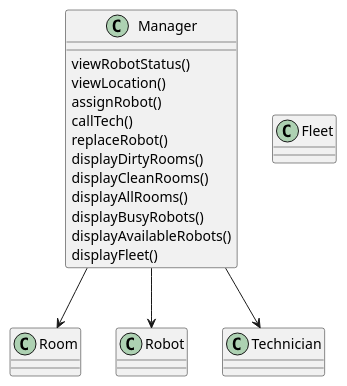
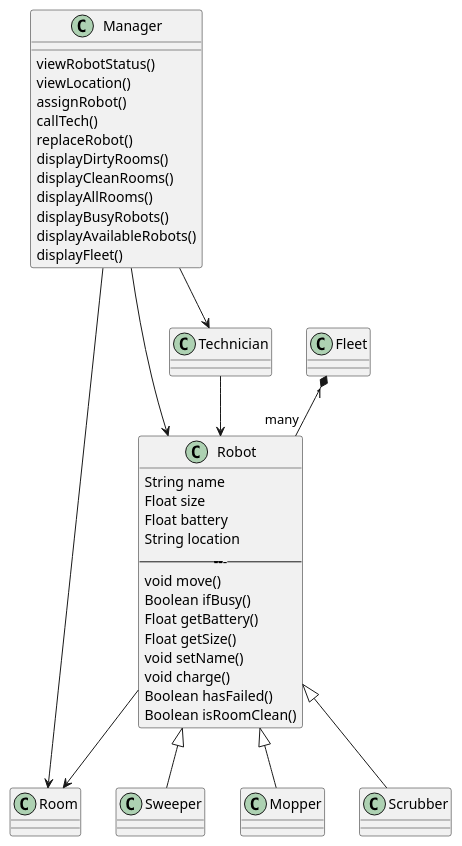
One commit to ur-cs-courses/course-project-catch-up changed the diagram in docs/design/ClassDiagram.puml. Above: the diagram before and after it, drawn with PlantUML. The commit also changed 2 other files, not shown here.

Commit message:
Added Robot class and its relationships

```diff
--- a/docs/design/ClassDiagram.puml
+++ b/docs/design/ClassDiagram.puml
@@ -1,33 +1,65 @@
 @startuml Class Diagram
 
 'Manager uses Room
 Manager --> Room
 'Manager uses Robot
 Manager --> Robot
 'Manager uses Technician
 Manager --> Technician
+
+'Sweeper is a Robot
+Robot <|-- Sweeper
+'Mopper is a Robot
+Robot <|-- Mopper
+'Scrubber is a Robot
+Robot <|-- Scrubber
+'Technician uses Robot
+Technician --> Robot
+'Robot uses Room
+Robot --> Room
+'One Fleet contains many robots
+Fleet "1" *-- "many" Robot
+
 
 class Manager
 Manager : viewRobotStatus()
 Manager : viewLocation()
 Manager : assignRobot()
 Manager : callTech()
 Manager : replaceRobot()
 Manager : displayDirtyRooms()
 Manager : displayCleanRooms()
 Manager : displayAllRooms()
 Manager : displayBusyRobots()
 Manager : displayAvailableRobots()
 Manager : displayFleet()
 
 class Room
 
-class Robot
+class Robot{
+String name
+Float size
+Float battery 
+String location
+---------------
+void move()
+Boolean ifBusy()
+Float getBattery()
+Float getSize()
+void setName()
+void charge()
+Boolean hasFailed()
+Boolean isRoomClean()
+}
 
 class Fleet
 
 class Technician
 
+class Sweeper
 
+class Scrubber
+
+class Mopper
 
 @enduml
```
